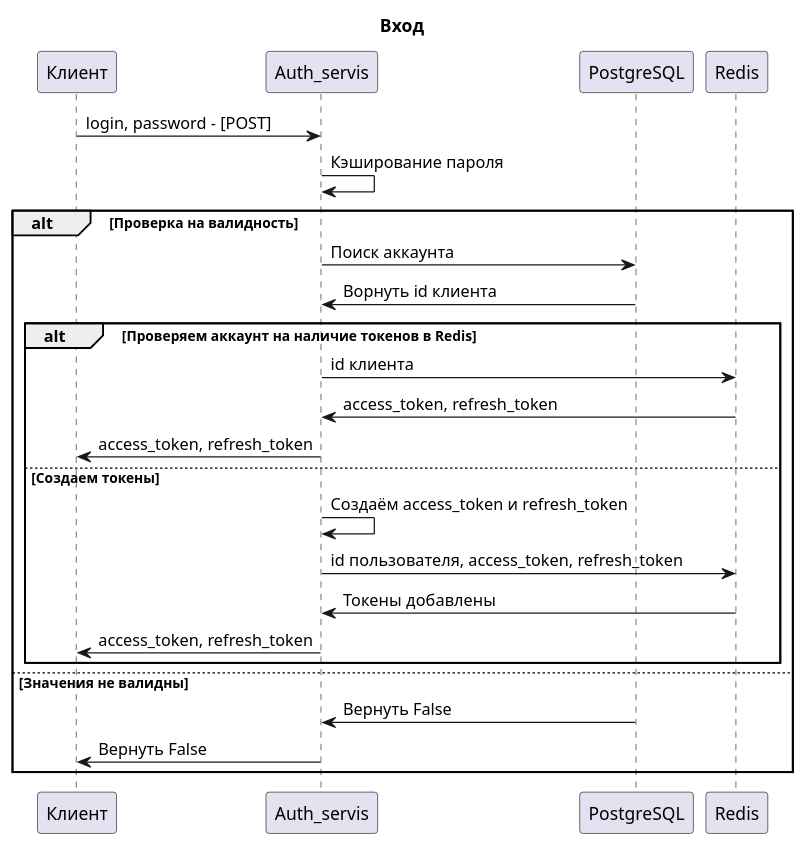
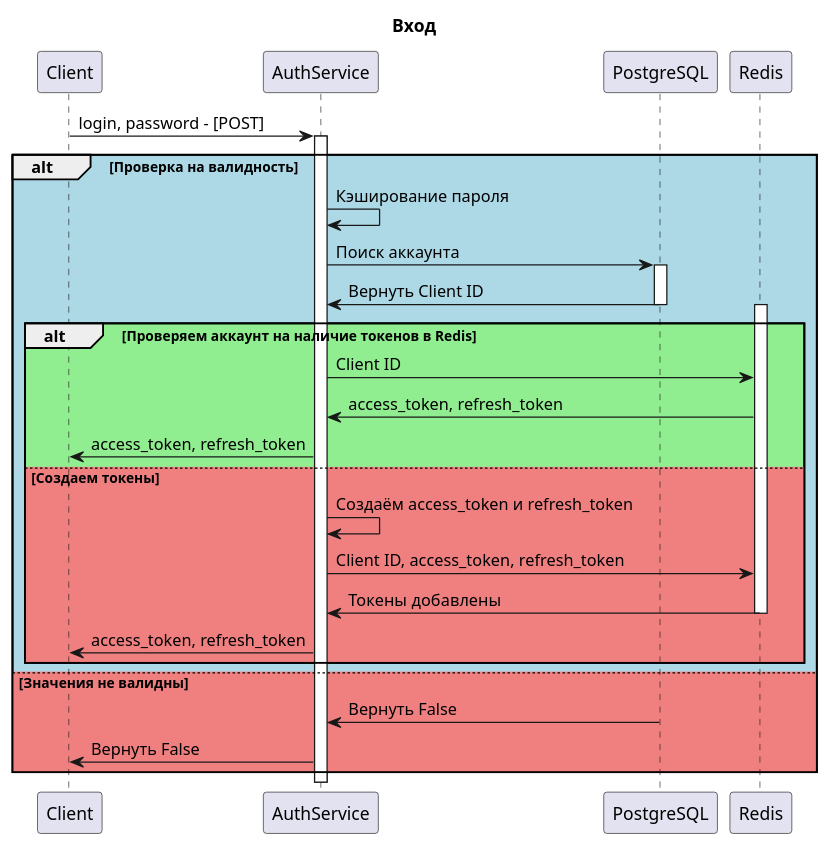
The diagram in architecture/signin.puml (ARtiDPA/Auth), drawn with PlantUML before and after one commit.

Commit message:
feet[scheme]: изменил схему Входа

```diff
--- a/architecture/signin.puml
+++ b/architecture/signin.puml
@@ -1,22 +1,27 @@
 @startuml Вход
 title: Вход
-Клиент -> Auth_servis: login, password - [POST]
-Auth_servis -> Auth_servis: Кэширование пароля
-alt Проверка на валидность
-    Auth_servis -> PostgreSQL: Поиск аккаунта
-    PostgreSQL -> Auth_servis: Ворнуть id клиента
-    alt Проверяем аккаунт на наличие токенов в Redis
-        Auth_servis -> Redis: id клиента
-        Redis -> Auth_servis: access_token, refresh_token
-        Auth_servis -> Клиент: access_token, refresh_token
-    else Создаем токены
-    Auth_servis -> Auth_servis: Создаём access_token и refresh_token
-    Auth_servis -> Redis: id пользователя, access_token, refresh_token
-    Redis -> Auth_servis: Токены добавлены
-    Auth_servis -> Клиент: access_token, refresh_token
+Client -> AuthService: login, password - [POST]
+alt #LightBlue Проверка на валидность
+    activate AuthService
+    AuthService -> AuthService: Кэширование пароля
+    AuthService -> PostgreSQL: Поиск аккаунта
+    activate PostgreSQL
+    PostgreSQL -> AuthService: Вeрнуть Client ID
+    deactivate PostgreSQL
+    alt #LightGreen Проверяем аккаунт на наличие токенов в Redis
+        activate Redis
+        AuthService -> Redis: Client ID
+        Redis -> AuthService: access_token, refresh_token
+        AuthService -> Client: access_token, refresh_token
+    else #LightCoral Создаем токены
+        AuthService -> AuthService: Создаём access_token и refresh_token
+        AuthService -> Redis: Client ID, access_token, refresh_token
+        Redis -> AuthService: Токены добавлены
+        deactivate Redis
+        AuthService -> Client: access_token, refresh_token
     end
-else Значения не валидны
-    PostgreSQL -> Auth_servis: Вернуть False
-    Auth_servis -> Клиент: Вернуть False
+else #LightCoral Значения не валидны
+    PostgreSQL -> AuthService: Вернуть False
+    AuthService -> Client: Вернуть False
 end
 @enduml
```
